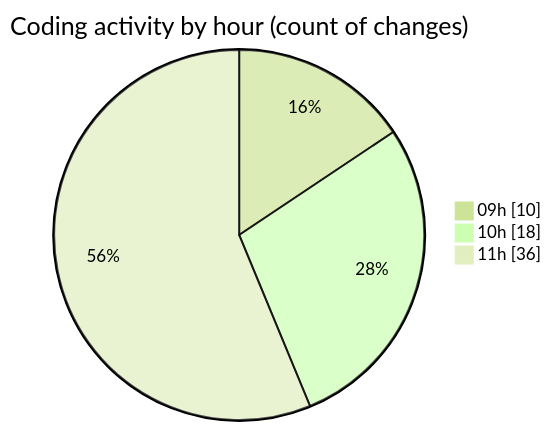
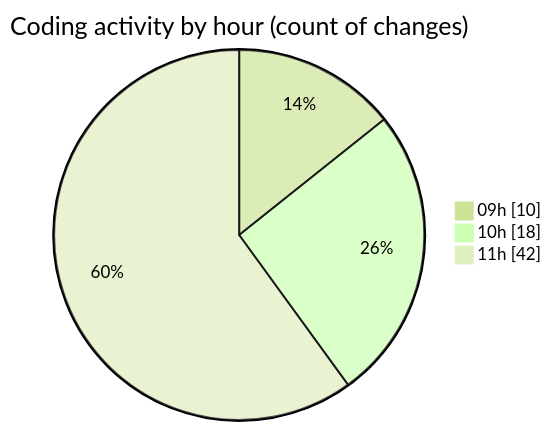
One commit to CELIANVF/code-tracking changed the second of 2 diagrams in 2025-05-09/ecodeli/README.md. Above: the diagram before and after it, drawn with Mermaid (forest theme). The commit also changed other lines of this file and 1 other file, not shown here.

````diff
--- a/2025-05-09/ecodeli/README.md
+++ b/2025-05-09/ecodeli/README.md
@@ -44,7 +45,7 @@
 ```mermaid
 pie showData
 title Coding activity by hour (count of changes)
 "09h" : 10
 "10h" : 18
-"11h" : 36
+"11h" : 42
 ```
````
